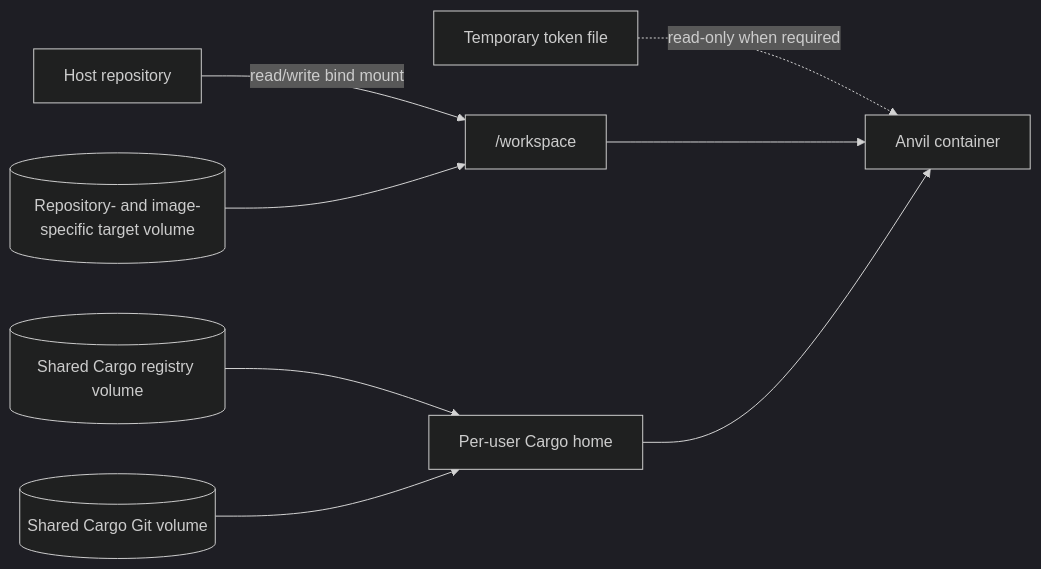
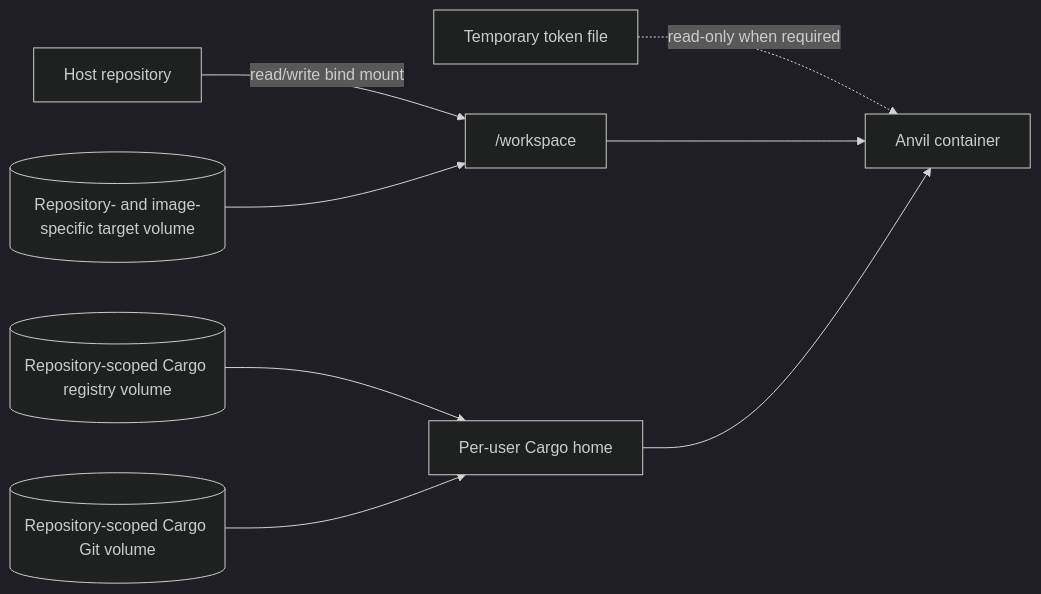
The second of 2 diagrams in crates/cargo-anvil/docs/design/containers.md (microsoft/ox-tools), drawn with Mermaid (dark theme) before and after one commit. The commit also changed other lines of this file and 24 other files, not shown here.

````diff
--- a/crates/cargo-anvil/docs/design/containers.md
+++ b/crates/cargo-anvil/docs/design/containers.md
@@ -162,10 +175,10 @@
 ```mermaid
 flowchart LR
     repo["Host repository"] -->|read/write bind mount| workspace["/workspace"]
     token["Temporary token file"] -.->|read-only when required| runtime["Anvil container"]
-    registry[("Shared Cargo registry volume")] --> cargo["Per-user Cargo home"]
-    git[("Shared Cargo Git volume")] --> cargo
+    registry[("Repository-scoped Cargo registry volume")] --> cargo["Per-user Cargo home"]
+    git[("Repository-scoped Cargo Git volume")] --> cargo
     target[("Repository- and image-specific target volume")] --> workspace
     workspace --> runtime
     cargo --> runtime
 ```
````
